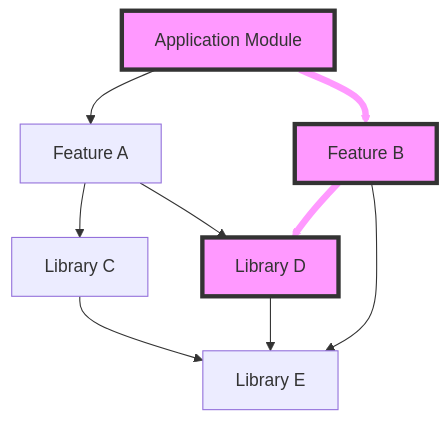
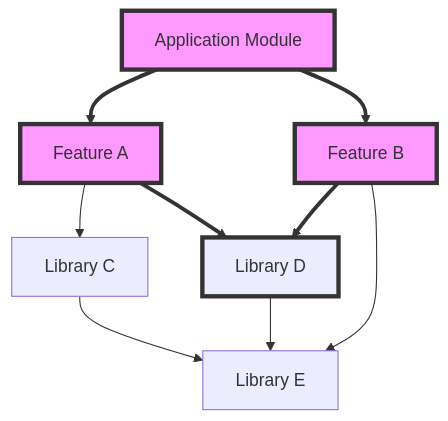
One commit to Minirogue/shawns-guide-to-code changed diagram 11 of 11 in docs/dependency-graphs.md. Above: the diagram before and after it, drawn with Mermaid. The commit also changed other lines of this file and 1 other file, not shown here.

````diff
--- a/docs/dependency-graphs.md
+++ b/docs/dependency-graphs.md
@@ -164,15 +248,15 @@
 ```mermaid
 graph TB
-	App[Application Module] --> A[Feature A]
-	App --> B[Feature B]
+	App[Application Module] ==> A[Feature A]
+	App ==> B[Feature B]
 	A --> C[Library C]
-	A --> D[Library D]
-	B --> D
+	A ==> D[Library D]
+	B ==> D
 	B --> Util[Library E]
 	C --> Util
 	D --> Util
+	style D stroke:#333,stroke-width:4px
+	style A fill:#f9f,stroke:#333,stroke-width:4px
+	style B fill:#f9f,stroke:#333,stroke-width:4px
 	style App fill:#f9f,stroke:#333,stroke-width:4px
-	style B fill:#f9f,stroke:#333,stroke-width:4px
-	style D fill:#f9f,stroke:#333,stroke-width:4px
-	linkStyle 1,4 stroke:#f9f,stroke-width:6px;
 ```
````
